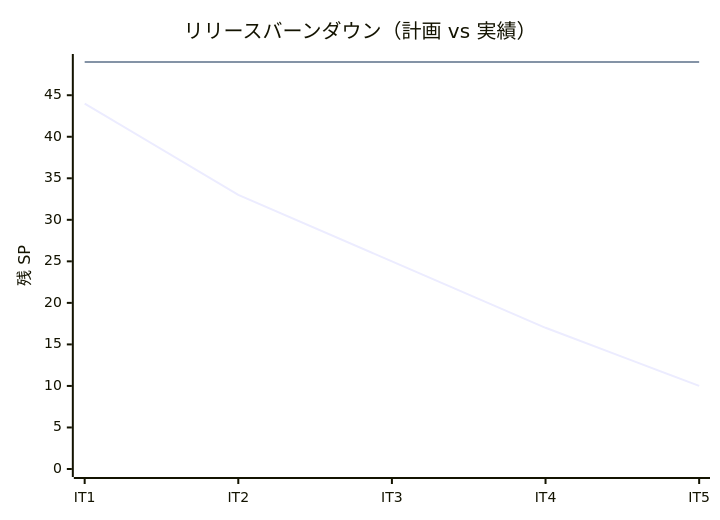
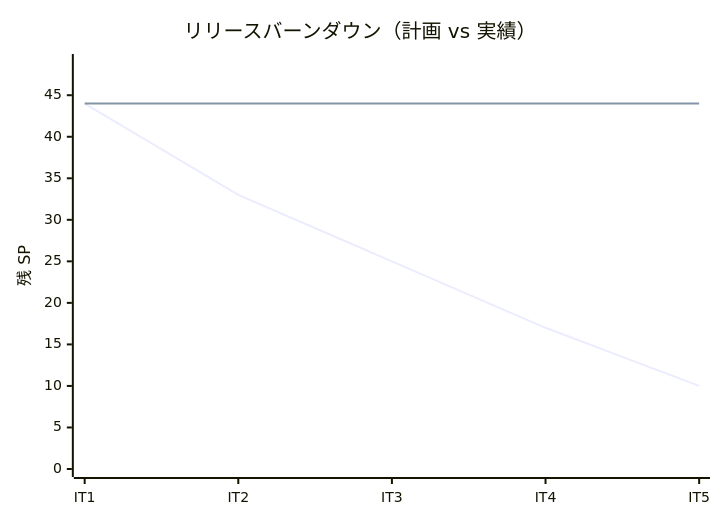
Before and after one commit to k2works/case-study-sdd-development: the third of 3 diagrams in docs/development/release_plan.md, drawn with Mermaid. The commit also changed other lines of this file and 8 other files, not shown here.

````diff
--- a/docs/development/release_plan.md
+++ b/docs/development/release_plan.md
@@ -306,8 +305,8 @@
 ```mermaid
 xychart-beta
     title "リリースバーンダウン（計画 vs 実績）"
     x-axis [IT1, IT2, IT3, IT4, IT5]
     y-axis "残 SP" 0 --> 49
     line "計画" [44, 33, 25, 17, 10]
-    line "実績" [49, 49, 49, 49, 49]
+    line "実績" [44, 44, 44, 44, 44]
 ```
````
